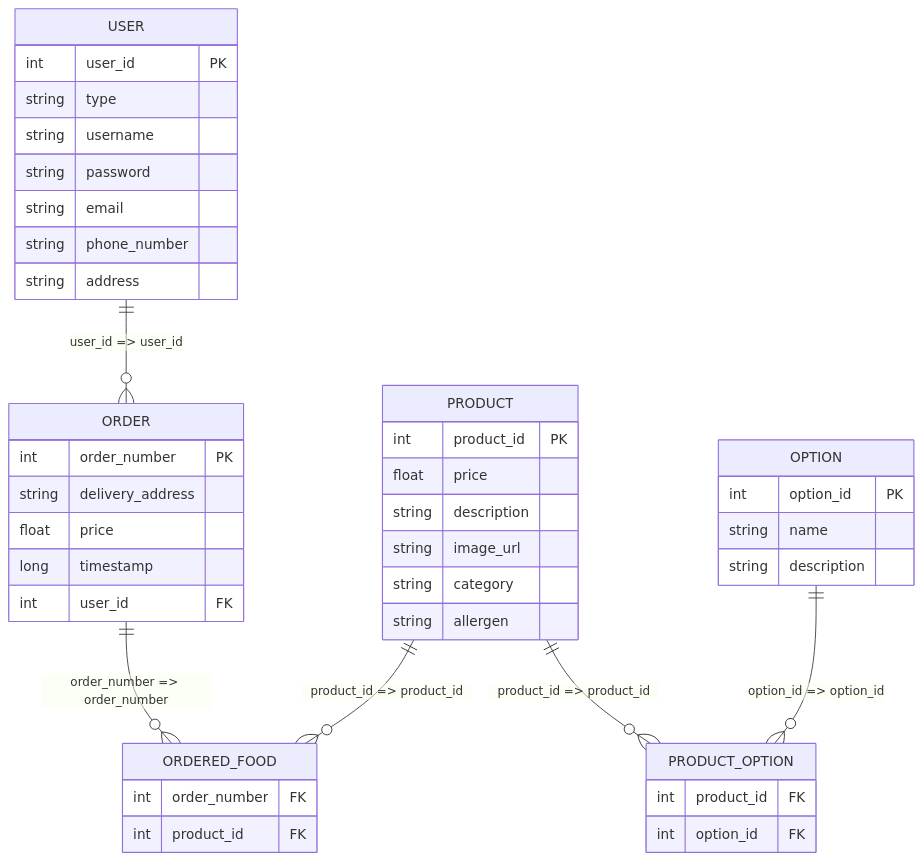
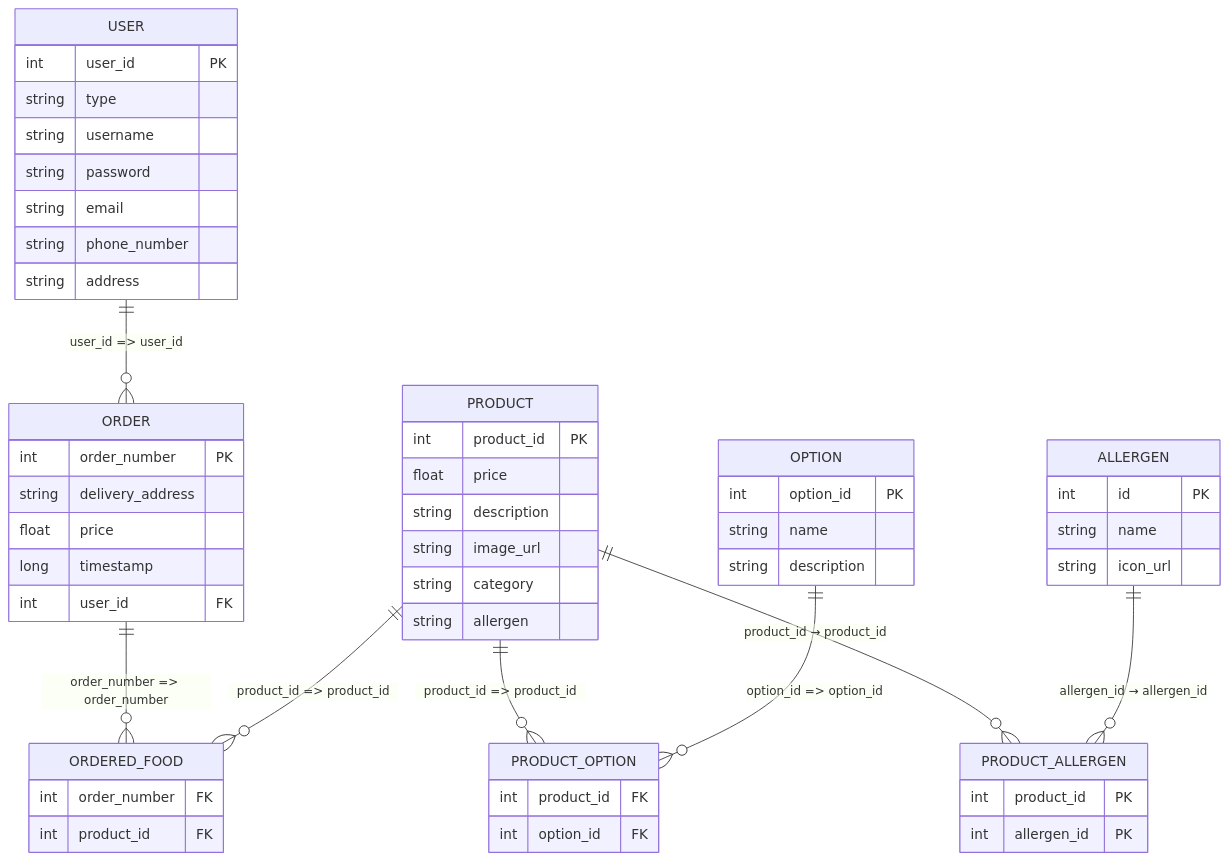
Before and after one commit to leevilaune/WebProject: the diagram in README.md, drawn with Mermaid.

Commit message:
add allergen and product_allergen relationships

````diff
--- a/README.md
+++ b/README.md
@@ -5,51 +5,64 @@
 ```mermaid
 erDiagram
     USER {
         int user_id PK
         string type
         string username
         string password
         string email
         string phone_number
         string address
     }
 
     ORDER {
         int order_number PK
         string delivery_address
         float price
         long timestamp
         int user_id FK
     }
 
     ORDERED_FOOD {
         int order_number FK
         int product_id FK
     }
 
     PRODUCT {
         int product_id PK
         float price
         string description
         string image_url
         string category
         string allergen
     }
 
     PRODUCT_OPTION {
         int product_id FK
         int option_id FK
     }
 
     OPTION {
         int option_id PK
         string name
         string description
     }
 
+    ALLERGEN {
+        int id PK
+        string name
+        string icon_url
+    }
+
+    PRODUCT_ALLERGEN {
+        int product_id PK
+        int allergen_id PK
+    }
+
     USER ||--o{ ORDER : "user_id => user_id"
     ORDER ||--o{ ORDERED_FOOD : "order_number => order_number"
     PRODUCT ||--o{ ORDERED_FOOD : "product_id => product_id"
     PRODUCT ||--o{ PRODUCT_OPTION : "product_id => product_id"
     OPTION ||--o{ PRODUCT_OPTION : "option_id => option_id"
+    PRODUCT ||--o{ PRODUCT_ALLERGEN : "product_id → product_id"
+    ALLERGEN ||--o{ PRODUCT_ALLERGEN : "allergen_id → allergen_id"
 ```
````
